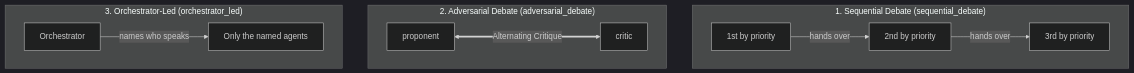
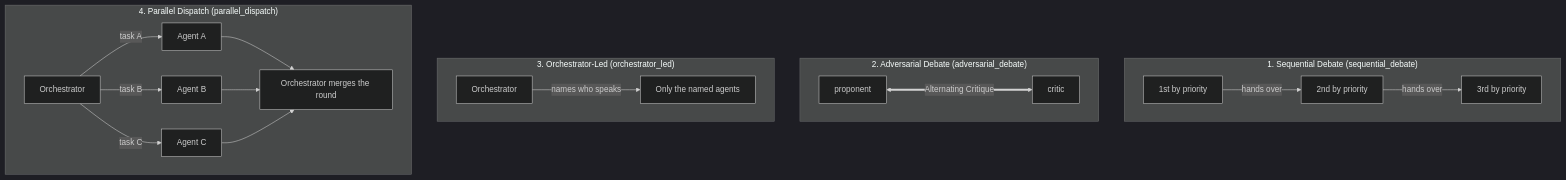
The diagram in wiki/orchestration/debate-strategies.md (HaJaehee/MultiAgentOrchestrator), drawn with Mermaid (dark theme) before and after one commit. The commit also changed other lines of this file and 16 other files, not shown here.

````diff
--- a/wiki/orchestration/debate-strategies.md
+++ b/wiki/orchestration/debate-strategies.md
@@ -33,17 +34,27 @@
 ```mermaid
 graph TD
     subgraph S1 ["1. Sequential Debate (sequential_debate)"]
         direction LR
         SQ1["1st by priority"] -->|hands over| SQ2["2nd by priority"] -->|hands over| SQ3["3rd by priority"]
     end
 
     subgraph S2 ["2. Adversarial Debate (adversarial_debate)"]
         direction LR
         AD1["proponent"] <===>|Alternating Critique| AD2["critic"]
     end
 
     subgraph S3 ["3. Orchestrator-Led (orchestrator_led)"]
         direction LR
         OL1["Orchestrator"] -->|names who speaks| OL2["Only the named agents"]
     end
+
+    subgraph S4 ["4. Parallel Dispatch (parallel_dispatch)"]
+        direction LR
+        PD0["Orchestrator"] -->|task A| PD1["Agent A"]
+        PD0 -->|task B| PD2["Agent B"]
+        PD0 -->|task C| PD3["Agent C"]
+        PD1 --> PD4["Orchestrator merges the round"]
+        PD2 --> PD4
+        PD3 --> PD4
+    end
 ```
````
